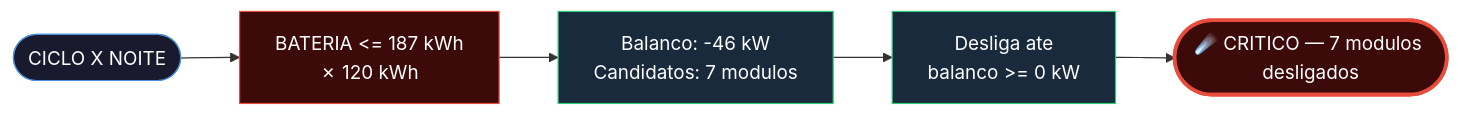
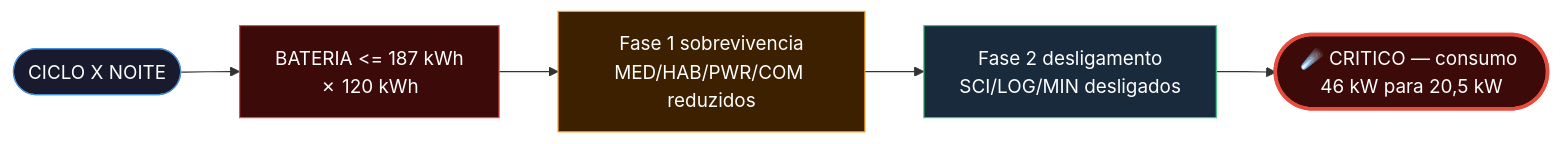
Before and after one commit to juliaramosguedes/fiap-fase-3-aurora-siger: the fifth of 6 diagrams in README.md, drawn with Mermaid. The commit also changed other lines of this file and 9 other files, not shown here.

First line of the commit message:
feat: survival mode for MED/HAB/PWR/COM, energy-gated recovery, visual report

````diff
--- a/README.md
+++ b/README.md
@@ -138,13 +140,13 @@
 ```mermaid
 flowchart LR
     A([CICLO X NOITE]) --> B["BATERIA <= 187 kWh\n✗ 120 kWh"]
-    B --> C["Balanco: -46 kW\nCandidatos: 7 modulos"]
-    C --> D["Desliga ate\nbalanco >= 0 kW"]
-    D --> E([☄️ CRITICO — 7 modulos desligados])
+    B --> C["Fase 1 sobrevivencia\nMED/HAB/PWR/COM reduzidos"]
+    C --> D["Fase 2 desligamento\nSCI/LOG/MIN desligados"]
+    D --> E([☄️ CRITICO — consumo 46 kW para 20,5 kW])
 
     style A fill:#1a1a2e,color:#fff,stroke:#4a90d9
     style B fill:#3d0a0a,color:#fff,stroke:#e74c3c
-    style C fill:#1a2a3d,color:#fff,stroke:#2ecc71
+    style C fill:#3d2000,color:#fff,stroke:#f39c12
     style D fill:#1a2a3d,color:#fff,stroke:#2ecc71
     style E fill:#3d0a0a,color:#fff,stroke:#e74c3c,stroke-width:3px
 ```
````
